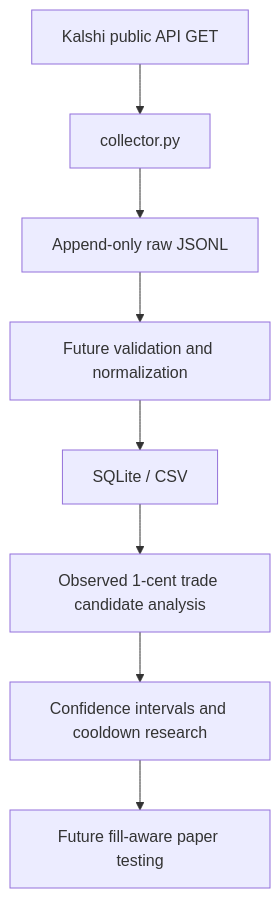
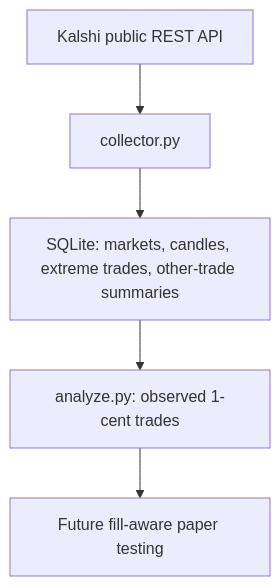
Before and after one commit to Ganesh10101/BTC-15min-Bot-: the diagram in docs/ARCHITECTURE.md, drawn with Mermaid. The commit also changed other lines of this file and 7 other files, not shown here.

Commit message:
Built Kalshi collector for previous day data saved in SQLite storage

````diff
--- a/docs/ARCHITECTURE.md
+++ b/docs/ARCHITECTURE.md
@@ -3,10 +3,7 @@
 ```mermaid
 flowchart TD
- A[Kalshi public API GET] --> B[collector.py]
- B --> C[Append-only raw JSONL]
- C --> D[Future validation and normalization]
- D --> E[SQLite / CSV]
- E --> F[Observed 1-cent trade candidate analysis]
- F --> G[Confidence intervals and cooldown research]
- G --> H[Future fill-aware paper testing]
+ A[Kalshi public REST API] --> B[collector.py]
+ B --> C[SQLite: markets, candles, extreme trades, other-trade summaries]
+ C --> D[analyze.py: observed 1-cent trades]
+ D --> E[Future fill-aware paper testing]
 ```
````
